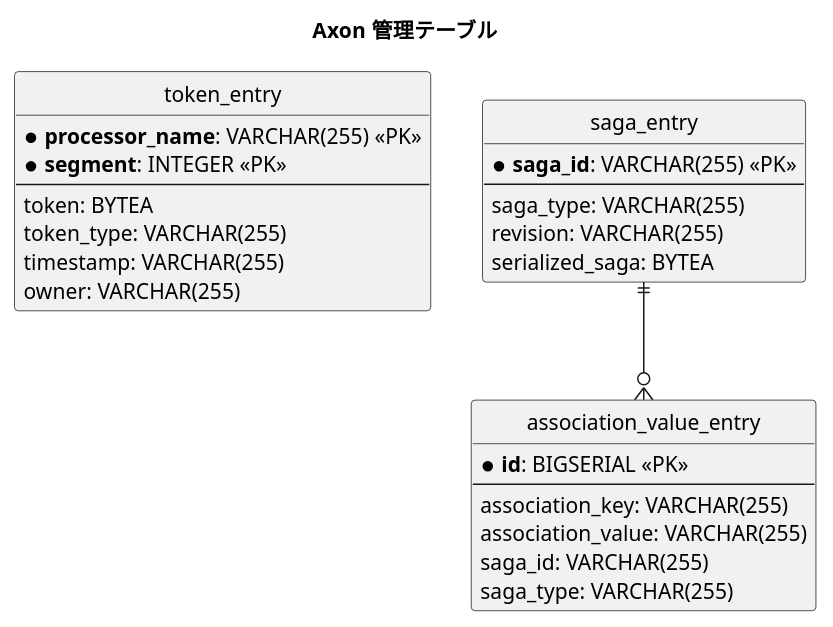
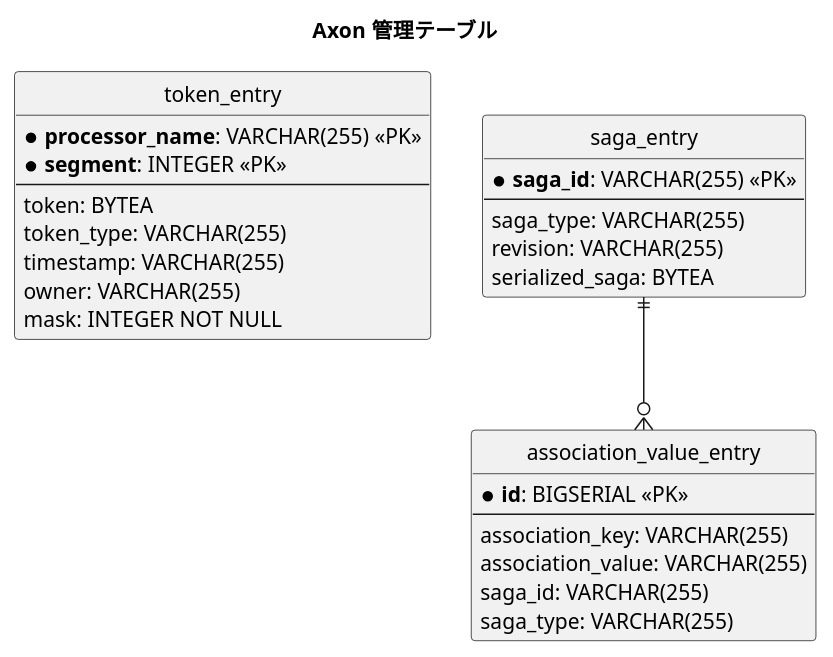
The ninth of 9 diagrams in docs/design/cargo-tracker/data-model.md (k2works/case-study-cargo-tracker), drawn with PlantUML before and after one commit. The commit also changed other lines of this file and 18 other files, not shown here.

````diff
--- a/docs/design/cargo-tracker/data-model.md
+++ b/docs/design/cargo-tracker/data-model.md
@@ -662,36 +679,37 @@
 ```plantuml
 @startuml
 title Axon 管理テーブル
 
 hide circle
 
 entity "token_entry" as te {
   * **processor_name**: VARCHAR(255) <<PK>>
   * **segment**: INTEGER <<PK>>
   --
   token: BYTEA
   token_type: VARCHAR(255)
   timestamp: VARCHAR(255)
   owner: VARCHAR(255)
+  mask: INTEGER NOT NULL
 }
 
 entity "saga_entry" as se {
   * **saga_id**: VARCHAR(255) <<PK>>
   --
   saga_type: VARCHAR(255)
   revision: VARCHAR(255)
   serialized_saga: BYTEA
 }
 
 entity "association_value_entry" as ave {
   * **id**: BIGSERIAL <<PK>>
   --
   association_key: VARCHAR(255)
   association_value: VARCHAR(255)
   saga_id: VARCHAR(255)
   saga_type: VARCHAR(255)
 }
 
 se ||--o{ ave
 @enduml
 ```
````
